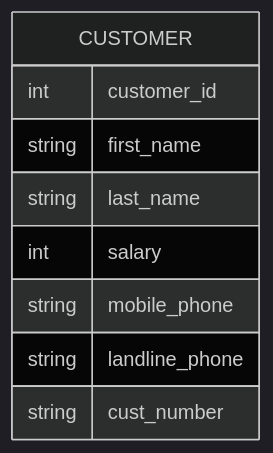
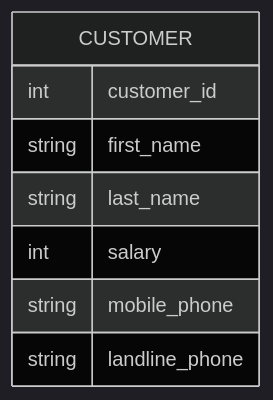
One commit to sourander/data-alustat changed the first of 2 diagrams in docs/data_alustat/historia.md. Above: the diagram before and after it, drawn with Mermaid (dark theme). The commit also changed other lines of this file, not shown here.

Commit message:
Removed SQL mistakes

````diff
--- a/docs/data_alustat/historia.md
+++ b/docs/data_alustat/historia.md
@@ -43,12 +43,11 @@
 ```mermaid
 erDiagram
     CUSTOMER {
         int    customer_id
         string first_name
         string last_name
         int    salary
         string mobile_phone
         string landline_phone
-        string cust_number
     }
 ```
````
